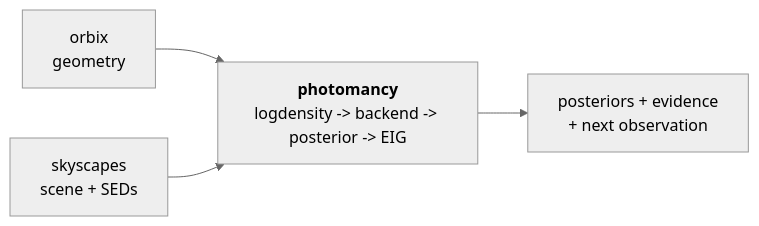
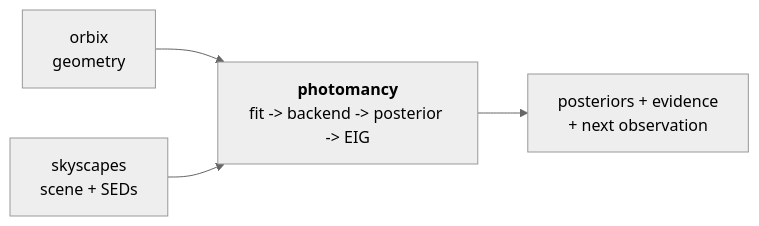
Before and after one commit to CoreySpohn/photomancy: the diagram in docs/index.md, drawn with Mermaid (neutral theme). The commit also changed other lines of this file and 2 other files, not shown here.

Commit message:
docs: README and landing page describe Fit, run, Posterior and the orbit engines

````diff
--- a/docs/index.md
+++ b/docs/index.md
@@ -21,11 +21,11 @@
 ```mermaid
 flowchart LR
     orbix["orbix<br/>geometry"]
     skyscapes["skyscapes<br/>scene + SEDs"]
-    photomancy["<b>photomancy</b><br/>logdensity -> backend -> posterior -> EIG"]
+    photomancy["<b>photomancy</b><br/>fit -> backend -> posterior -> EIG"]
     out["posteriors + evidence<br/>+ next observation"]
 
     orbix --> photomancy
     skyscapes --> photomancy
     photomancy --> out
 ```
````
